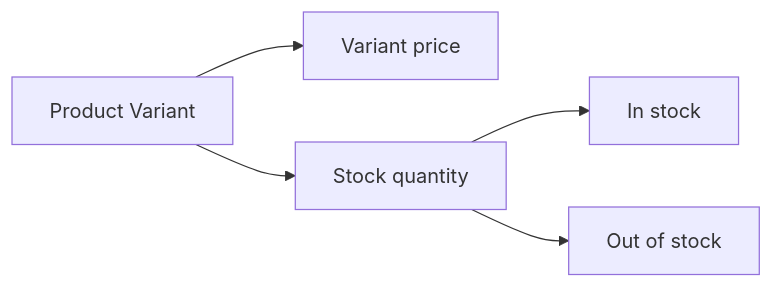
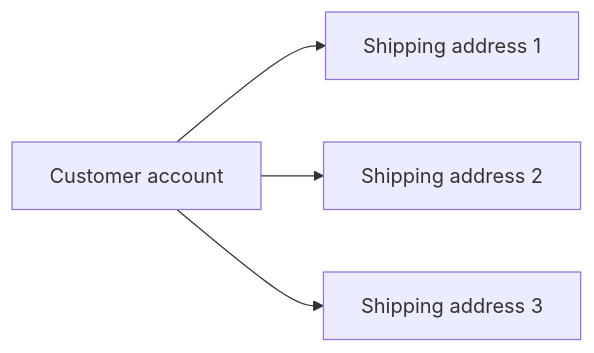
One commit to wrtnlabs/autobe-examples changed the fourth of 32 diagrams in openai/gpt-5.4-mini/shopping/docs/analysis/02-domain-model.md. Above: the diagram before and after it, drawn with Mermaid. The commit also changed other lines of this file and 9017 other files, not shown here.

````diff
--- a/openai/gpt-5.4-mini/shopping/docs/analysis/02-domain-model.md
+++ b/openai/gpt-5.4-mini/shopping/docs/analysis/02-domain-model.md
@@ -326,7 +62,6 @@
 ```mermaid
 flowchart LR
-    A["Product Variant"] --> B["Variant price"]
-    A --> C["Stock quantity"]
-    C --> D["In stock"]
-    C --> E["Out of stock"]
+    A["Customer account"] --> B["Shipping address 1"]
+    A --> C["Shipping address 2"]
+    A --> D["Shipping address 3"]
 ```
````
